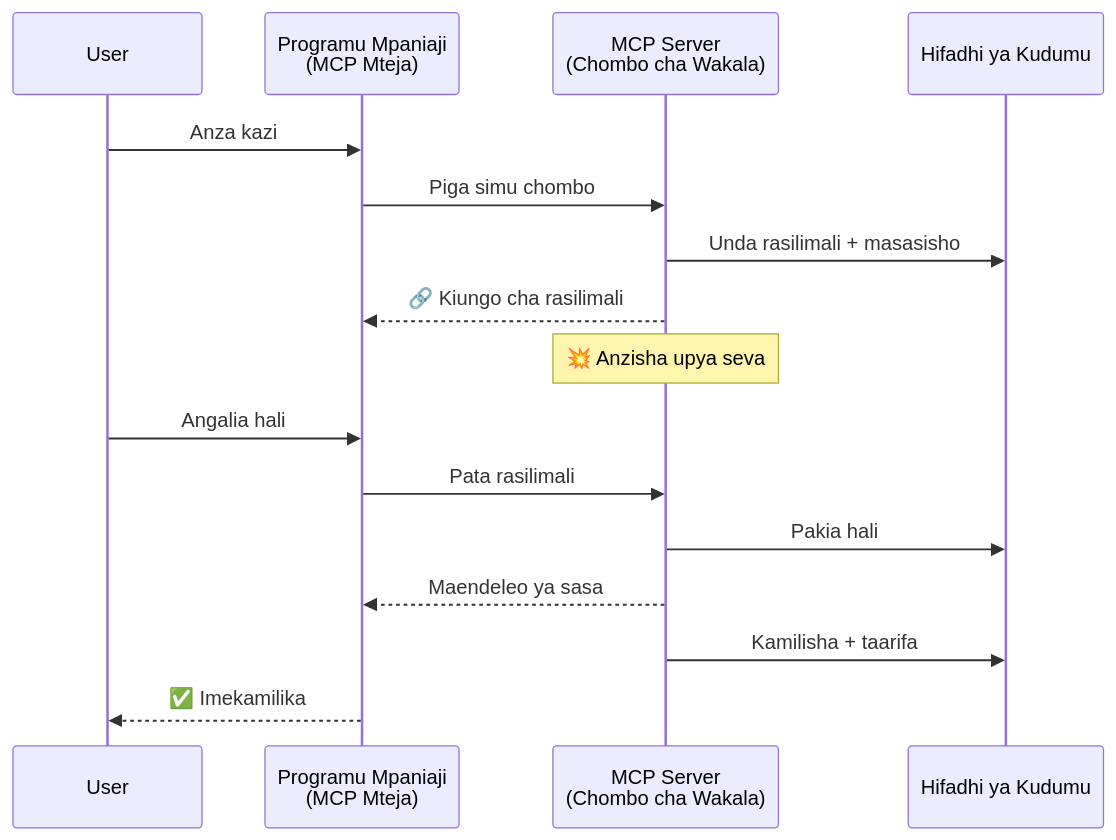
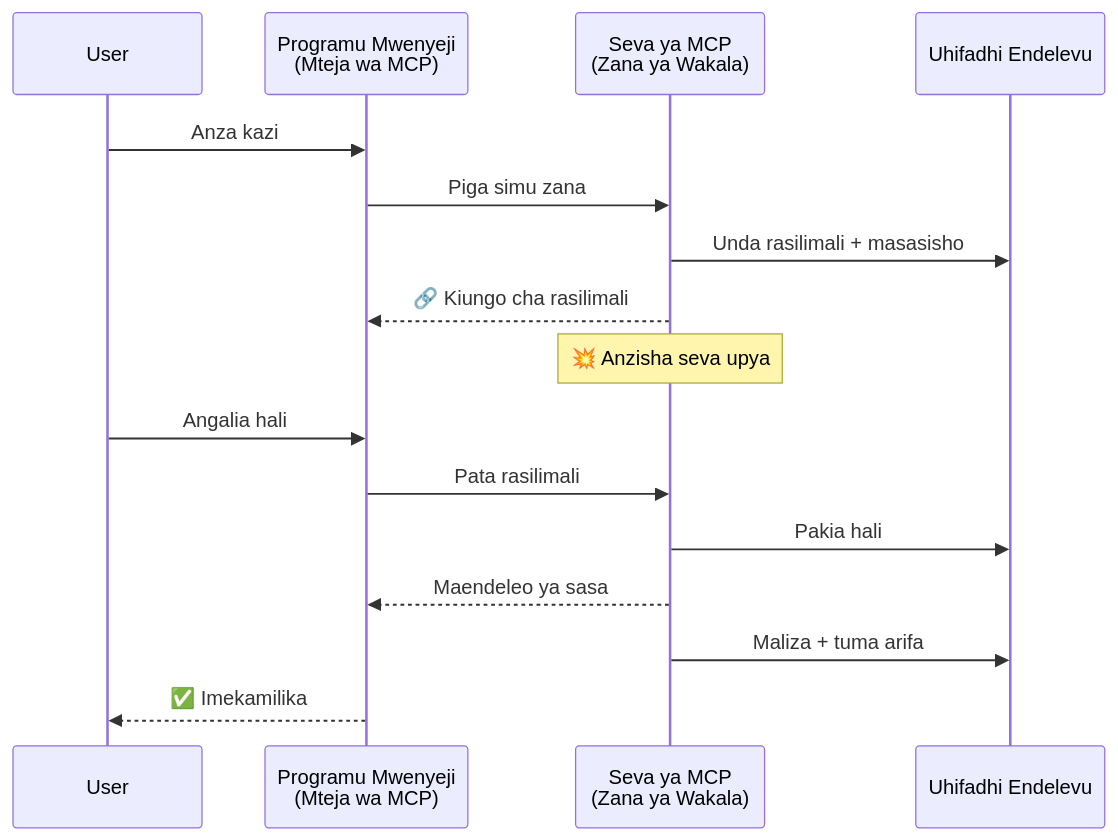
One commit to gabrielmoreira/agent-skills-mirror changed the third of 5 diagrams in mirrors/repos/microsoft@ai-agents-for-beginners/translations/sw/11-agentic-protocols/code_samples/mcp-agents/README.md. Above: the diagram before and after it, drawn with Mermaid. The commit also changed other lines of this file and 4262 other files, not shown here.

````diff
--- a/mirrors/repos/microsoft@ai-agents-for-beginners/translations/sw/11-agentic-protocols/code_samples/mcp-agents/README.md
+++ b/mirrors/repos/microsoft@ai-agents-for-beginners/translations/sw/11-agentic-protocols/code_samples/mcp-agents/README.md
@@ -123,21 +123,21 @@
 ```mermaid
 sequenceDiagram
     participant User
-    participant Host as Programu Mpaniaji<br/>(MCP Mteja)
-    participant Server as MCP Server<br/>(Chombo cha Wakala)
-    participant DB as Hifadhi ya Kudumu
+    participant Host as Programu Mwenyeji<br/>(Mteja wa MCP)
+    participant Server as Seva ya MCP<br/>(Zana ya Wakala)
+    participant DB as Uhifadhi Endelevu
 
     User->>Host: Anza kazi
-    Host->>Server: Piga simu chombo
+    Host->>Server: Piga simu zana
     Server->>DB: Unda rasilimali + masasisho
     Server-->>Host: 🔗 Kiungo cha rasilimali
 
-    Note over Server: 💥 Anzisha upya seva
+    Note over Server: 💥 Anzisha seva upya
 
     User->>Host: Angalia hali
     Host->>Server: Pata rasilimali
     Server->>DB: Pakia hali
     Server-->>Host: Maendeleo ya sasa
-    Server->>DB: Kamilisha + taarifa
+    Server->>DB: Maliza + tuma arifa
     Host-->>User: ✅ Imekamilika
 ```
````
